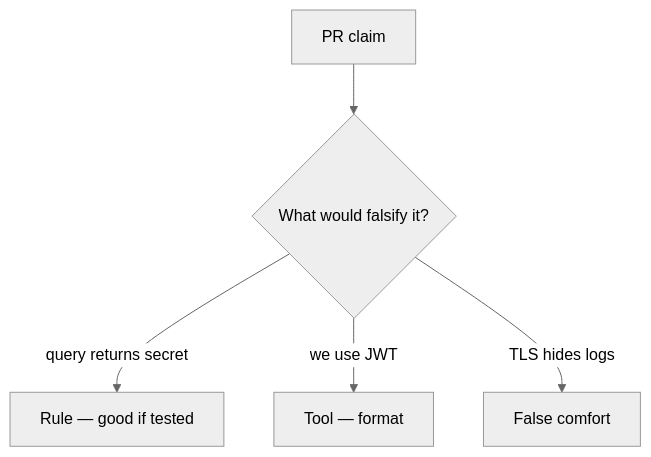
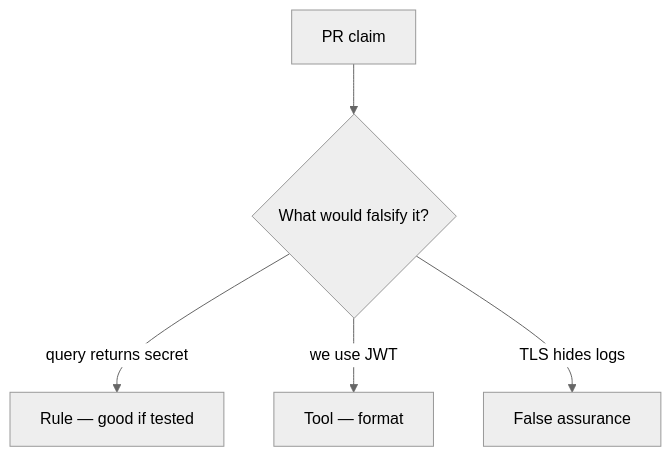
Before and after one commit to ishitvagoel/LearnSecurity: the diagram in content/modules/4/4.3/lessons/08-review.md, drawn with Mermaid (neutral theme). The commit also changed other lines of this file and 240 other files, not shown here.

````diff
--- a/content/modules/4/4.3/lessons/08-review.md
+++ b/content/modules/4/4.3/lessons/08-review.md
@@ -18,7 +18,7 @@
 ```mermaid
 flowchart TD
   Claim[PR claim] --> Q{"What would falsify it?"}
   Q -->|"query returns secret"| Property["Rule — good if tested"]
   Q -->|"we use JWT"| Mechanism[Tool — format]
-  Q -->|"TLS hides logs"| False[False comfort]
+  Q -->|"TLS hides logs"| False[False assurance]
 ```
````
